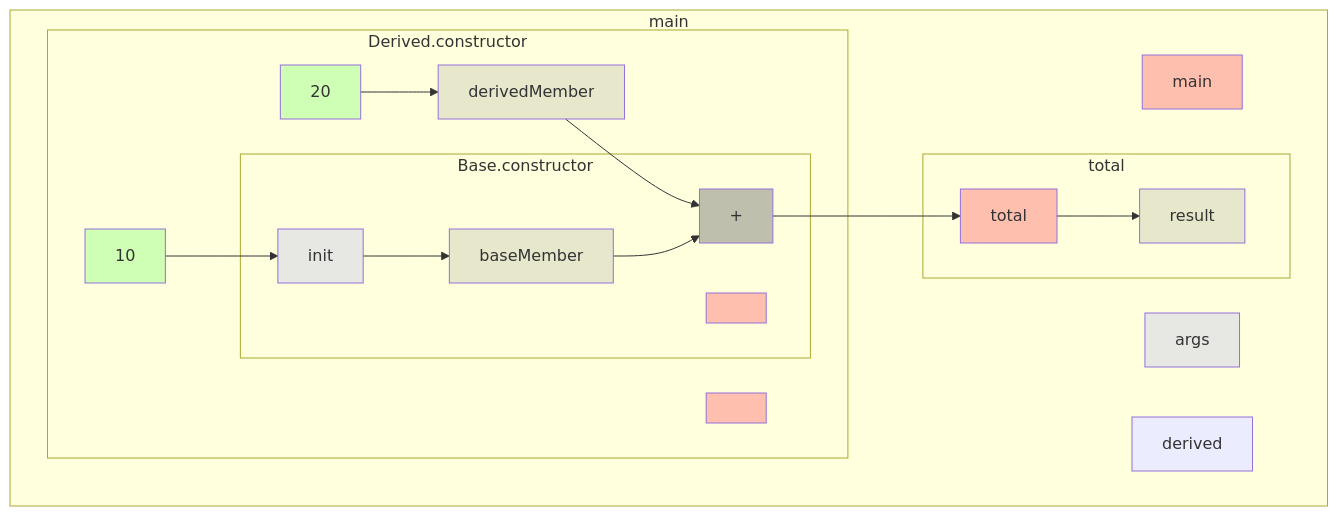
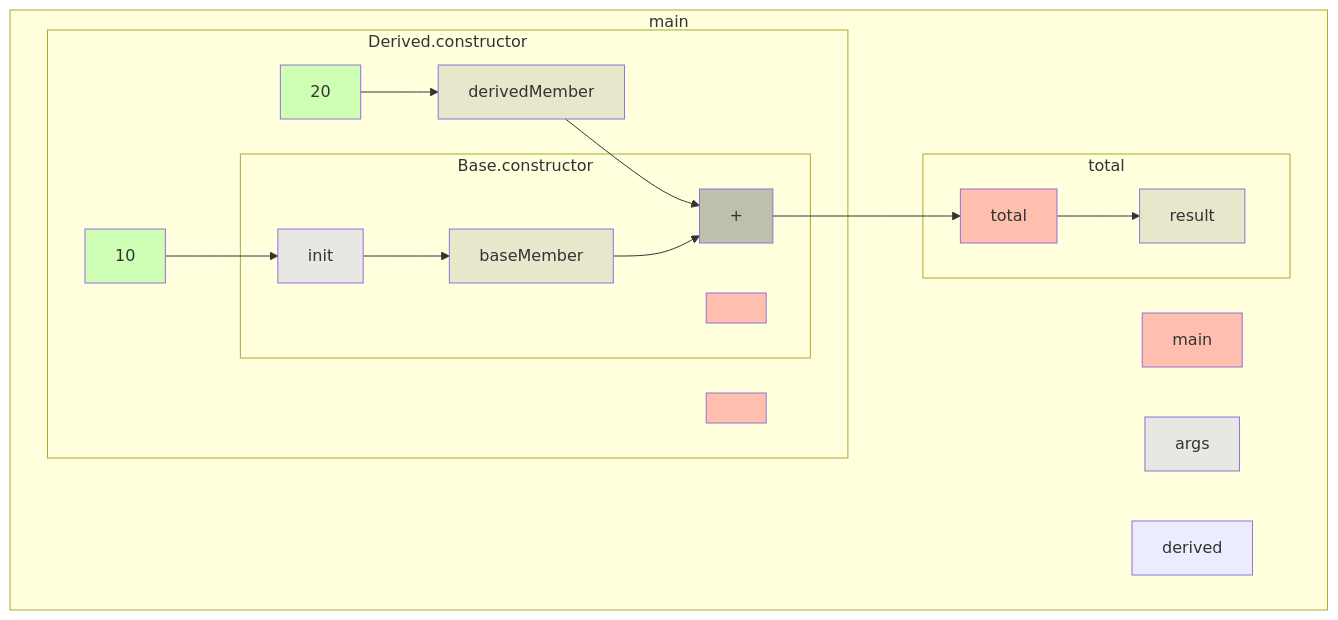
The diagram in app/src/test/resources/superCall/truth.md (gstiebler/codeflow), drawn with Mermaid before and after one commit. The commit also changed 22 other files, not shown here.

````diff
--- a/app/src/test/resources/superCall/truth.md
+++ b/app/src/test/resources/superCall/truth.md
@@ -1,37 +1,37 @@
 ```mermaid
 flowchart TD
-  subgraph 4309014["main"]
-    -17794003978[result]:::VARIABLE
-    -1857827291[args]:::FUNC_PARAM
-    56853577[main]:::RETURN
-    24545323222[derived]:::OBJ_VARIABLE
-    subgraph -1901390193["Derived.constructor"]
-      -766858752[10]:::LITERAL
-      -766827506[20]:::LITERAL
-      14834387532[derivedMember]:::VARIABLE
-      28998926167[<init>]:::RETURN
-      -766858752[10]:::LITERAL --> 326944729[init]:::FUNC_PARAM
-      -766827506[20]:::LITERAL --> 14834387532[derivedMember]:::VARIABLE
-      14834387532[derivedMember]:::VARIABLE --> -765818948[+]:::BIN_OP
-      subgraph 1693920094["Base.constructor"]
-        -17826880477[baseMember]:::VARIABLE
-        326944729[init]:::FUNC_PARAM
-        30140818490[<init>]:::RETURN
-        -17826880477[baseMember]:::VARIABLE --> -765818948[+]:::BIN_OP
-        326944729[init]:::FUNC_PARAM --> -17826880477[baseMember]:::VARIABLE
+  subgraph b0["main"]
+    n1[main]:::RETURN
+    n2[args]:::FUNC_PARAM
+    n3[derived]:::OBJ_VARIABLE
+    n13[result]:::VARIABLE
+    subgraph b4["Derived.constructor"]
+      n5[<init>]:::RETURN
+      n9[10]:::LITERAL
+      n11[derivedMember]:::VARIABLE
+      n12[20]:::LITERAL
+      n9[10]:::LITERAL --> n8[init]:::FUNC_PARAM
+      n11[derivedMember]:::VARIABLE --> n16[+]:::BIN_OP
+      n12[20]:::LITERAL --> n11[derivedMember]:::VARIABLE
+      subgraph b6["Base.constructor"]
+        n7[<init>]:::RETURN
+        n8[init]:::FUNC_PARAM
+        n10[baseMember]:::VARIABLE
+        n8[init]:::FUNC_PARAM --> n10[baseMember]:::VARIABLE
+        n10[baseMember]:::VARIABLE --> n16[+]:::BIN_OP
       end
     end
-    subgraph -1900222399["total"]
-      -765818948[+]:::BIN_OP
-      -29400941[total]:::RETURN
-      -765818948[+]:::BIN_OP --> -29400941[total]:::RETURN
-      -29400941[total]:::RETURN --> -17794003978[result]:::VARIABLE
+    subgraph b14["total"]
+      n15[total]:::RETURN
+      n16[+]:::BIN_OP
+      n15[total]:::RETURN --> n13[result]:::VARIABLE
+      n16[+]:::BIN_OP --> n15[total]:::RETURN
     end
   end
   classDef LITERAL fill:#00FF0030
   classDef VARIABLE fill:#80808030
   classDef BIN_OP fill:#80808080
   classDef FUNC_PARAM fill:#8080FF30
   classDef RETURN fill:#FF808080
   classDef EXTERNAL fill:#FFA50040
 ```
````
